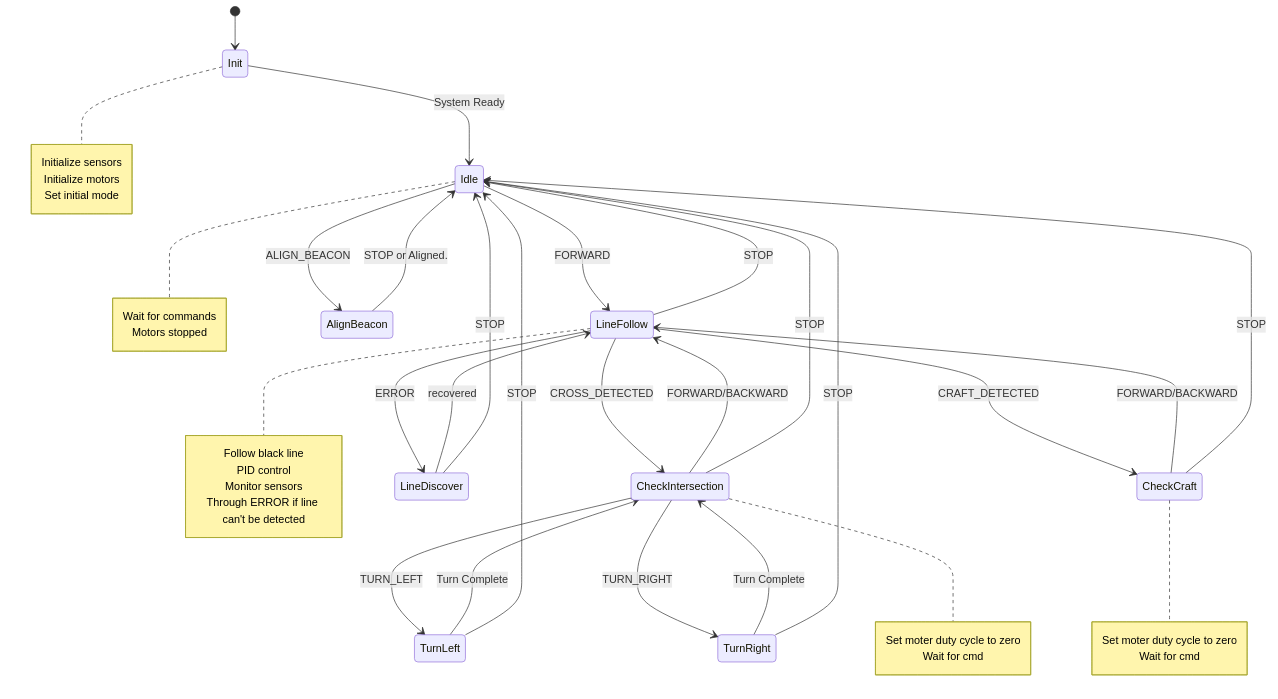
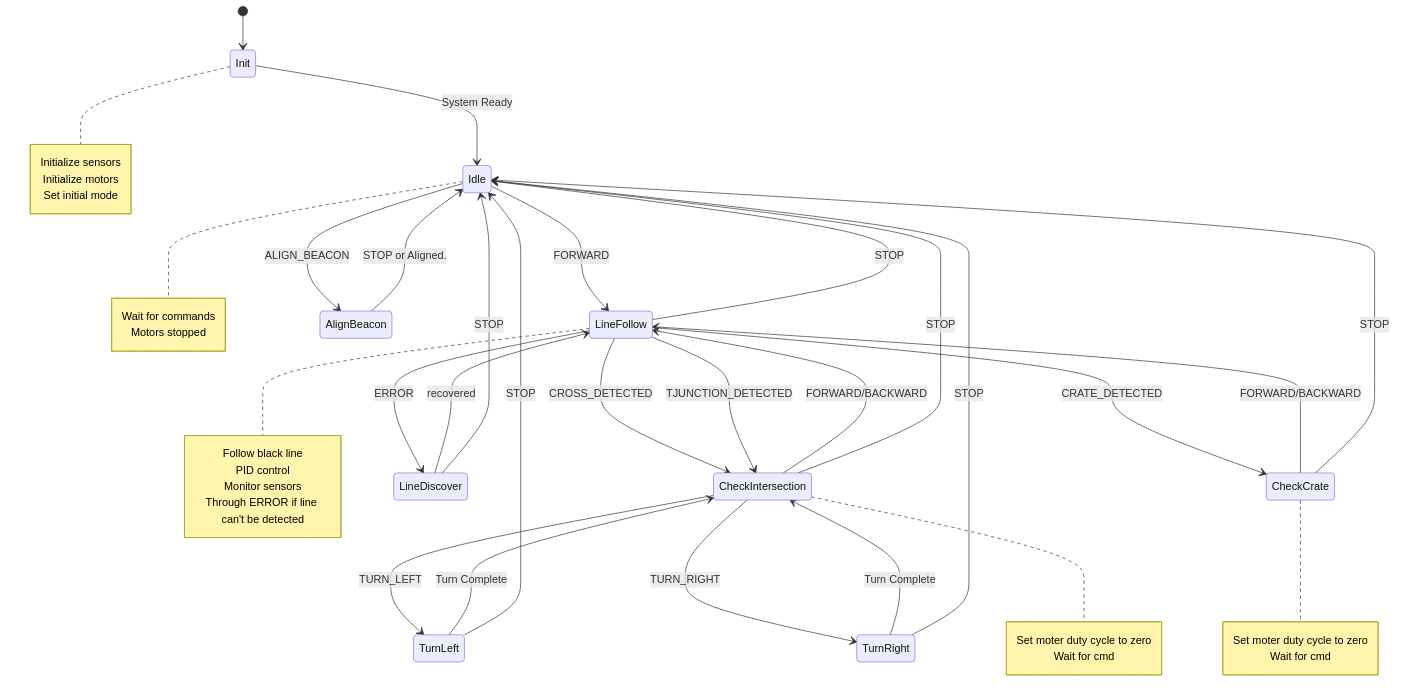
Before and after one commit to yuanzhedong/ME218-final: the diagram in FSM/navigator.md, drawn with Mermaid. The commit also changed 12 other files, not shown here.

````diff
--- a/FSM/navigator.md
+++ b/FSM/navigator.md
@@ -1,59 +1,60 @@
 ```mermaid
 stateDiagram-v2
     [*] --> Init
     
     Init --> Idle: System Ready
     note right of Init
         Initialize sensors
         Initialize motors
         Set initial mode
     end note
 
     Idle --> LineFollow: FORWARD
     Idle --> AlignBeacon: ALIGN_BEACON
     note right of Idle
         Wait for commands
         Motors stopped
     end note
 
     AlignBeacon --> Idle: STOP or Aligned.
 
-    LineFollow --> CheckCraft: CRAFT_DETECTED
+    LineFollow --> CheckCrate: CRATE_DETECTED
     LineFollow --> CheckIntersection: CROSS_DETECTED
     LineFollow --> Idle: STOP
     LineFollow --> LineDiscover: ERROR
+    LineFollow --> CheckIntersection: TJUNCTION_DETECTED
     note right of LineFollow
         Follow black line
         PID control
         Monitor sensors
         Through ERROR if line can't be detected
     end note
 
     CheckIntersection --> TurnLeft: TURN_LEFT
     CheckIntersection --> TurnRight: TURN_RIGHT
     CheckIntersection --> LineFollow: FORWARD/BACKWARD
     CheckIntersection --> Idle: STOP
     note right of CheckIntersection
         Set moter duty cycle to zero
         Wait for cmd
     end note
 
     TurnLeft --> CheckIntersection: Turn Complete
     TurnRight --> CheckIntersection: Turn Complete
 
     TurnLeft --> Idle: STOP
     TurnRight --> Idle: STOP
 
     LineDiscover --> LineFollow: recovered
     LineDiscover --> Idle: STOP
 
-    CheckCraft --> LineFollow: FORWARD/BACKWARD
-    CheckCraft --> Idle: STOP
-    note right of CheckCraft
+    CheckCrate --> LineFollow: FORWARD/BACKWARD
+    CheckCrate --> Idle: STOP
+    note right of CheckCrate
         Set moter duty cycle to zero
         Wait for cmd
     end note
 
     
 
 ```
````
